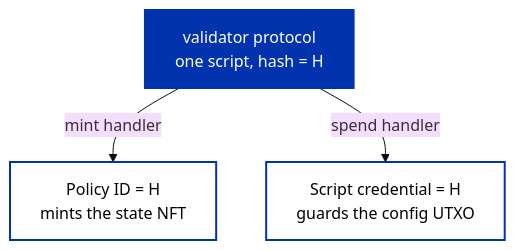
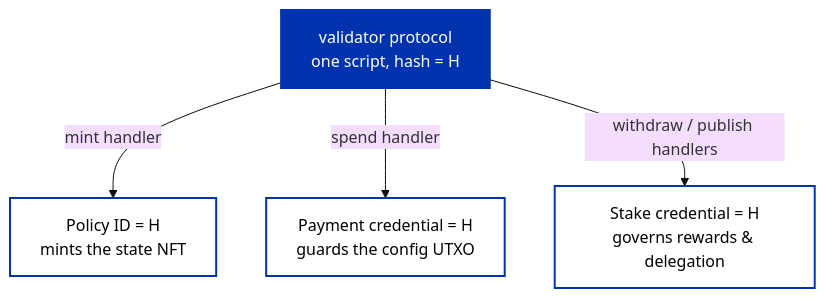
Before and after one commit to cardano-foundation/developer-portal: the second of 2 diagrams in docs/developers/curriculum/smart-contracts/write-a-validator.md, drawn with Mermaid (base theme). The commit also changed other lines of this file and 2 other files, not shown here.

Commit message:
Document certificate validators and script-controlled staking

````diff
--- a/docs/developers/curriculum/smart-contracts/write-a-validator.md
+++ b/docs/developers/curriculum/smart-contracts/write-a-validator.md
@@ -182,9 +232,11 @@
 ```mermaid
 flowchart TB
     V["validator protocol<br/>one script, hash = H"]
     V -->|"mint handler"| P["Policy ID = H<br/>mints the state NFT"]
-    V -->|"spend handler"| S["Script credential = H<br/>guards the config UTXO"]
+    V -->|"spend handler"| S["Payment credential = H<br/>guards the config UTXO"]
+    V -->|"withdraw / publish handlers"| W["Stake credential = H<br/>governs rewards & delegation"]
     style V fill:#0033AD,stroke:#0033AD,stroke-width:2px,color:#FFFFFF
     style P fill:#FFFFFF,stroke:#0033AD,stroke-width:2px,color:#000000
     style S fill:#FFFFFF,stroke:#0033AD,stroke-width:2px,color:#000000
+    style W fill:#FFFFFF,stroke:#0033AD,stroke-width:2px,color:#000000
 ```
````
